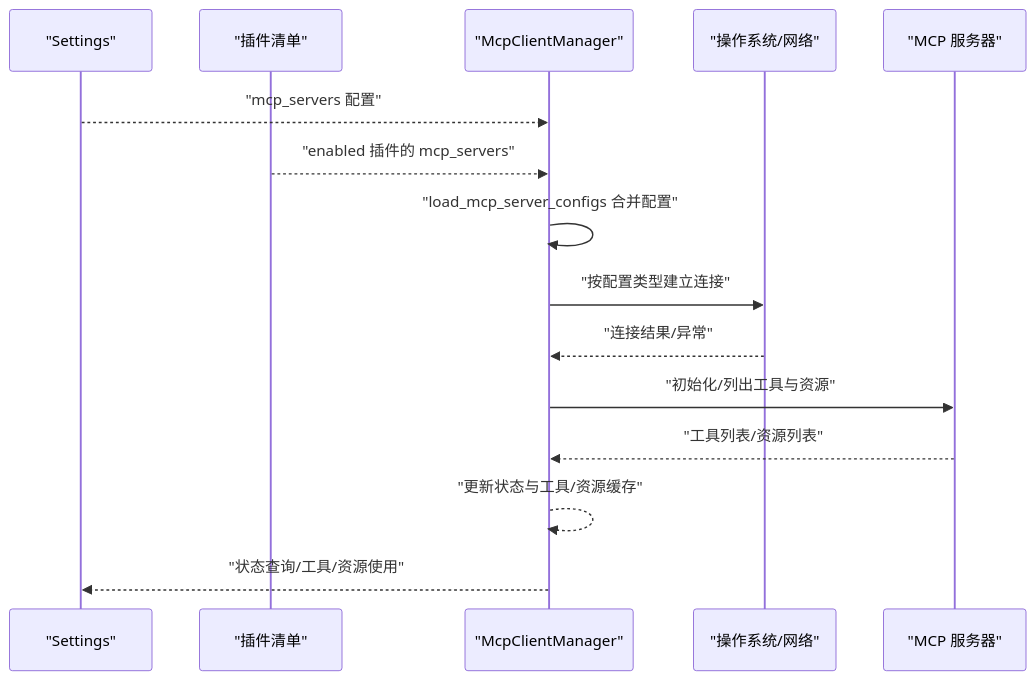
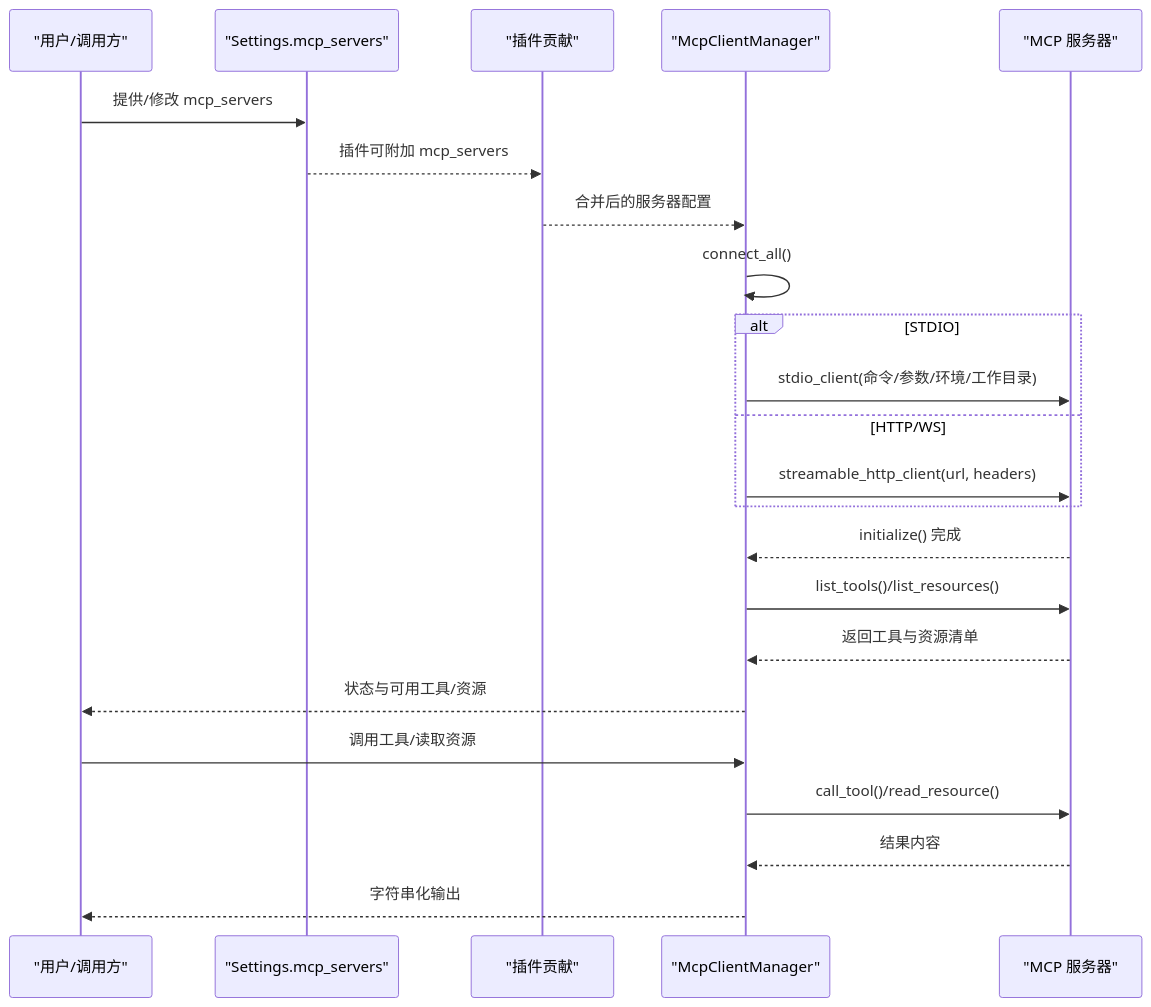
Before and after one commit to haolange/OpenHarness: the second of 5 diagrams in .qoder/repowiki/zh/content/MCP 协议支持/MCP 服务器配置.md, drawn with Mermaid. The commit also changed other lines of this file and 222 other files, not shown here.

````diff
--- a/.qoder/repowiki/zh/content/MCP 协议支持/MCP 服务器配置.md
+++ b/.qoder/repowiki/zh/content/MCP 协议支持/MCP 服务器配置.md
@@ -120,17 +142,25 @@
 ```mermaid
 sequenceDiagram
-participant S as "Settings"
-participant P as "插件清单"
+participant U as "用户/调用方"
+participant S as "Settings.mcp_servers"
+participant P as "插件贡献"
 participant M as "McpClientManager"
-participant OS as "操作系统/网络"
-participant SVR as "MCP 服务器"
-S-->>M : "mcp_servers 配置"
-P-->>M : "enabled 插件的 mcp_servers"
-M->>M : "load_mcp_server_configs 合并配置"
-M->>OS : "按配置类型建立连接"
-OS-->>M : "连接结果/异常"
-M->>SVR : "初始化/列出工具与资源"
-SVR-->>M : "工具列表/资源列表"
-M-->>M : "更新状态与工具/资源缓存"
-M-->>S : "状态查询/工具/资源使用"
+participant T as "MCP 服务器"
+U->>S : 提供/修改 mcp_servers
+S-->>P : 插件可附加 mcp_servers
+P-->>M : 合并后的服务器配置
+M->>M : connect_all()
+alt STDIO
+M->>T : stdio_client(命令/参数/环境/工作目录)
+else HTTP/WS
+M->>T : streamable_http_client(url, headers)
+end
+T-->>M : initialize() 完成
+M->>T : list_tools()/list_resources()
+T-->>M : 返回工具与资源清单
+M-->>U : 状态与可用工具/资源
+U->>M : 调用工具/读取资源
+M->>T : call_tool()/read_resource()
+T-->>M : 结果内容
+M-->>U : 字符串化输出
 ```
````
